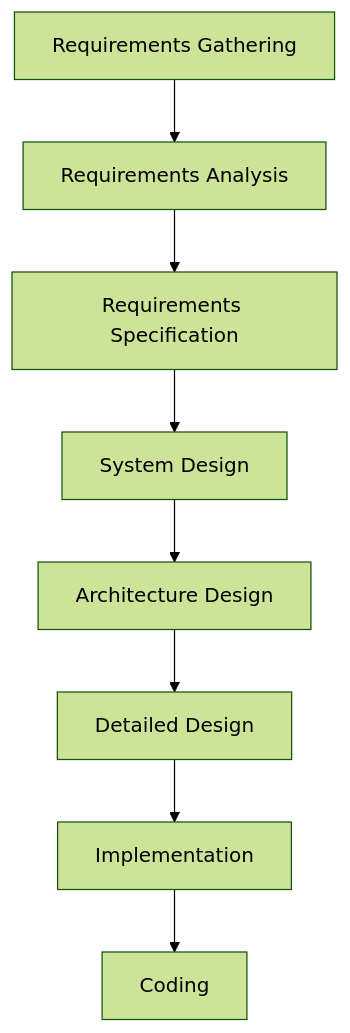
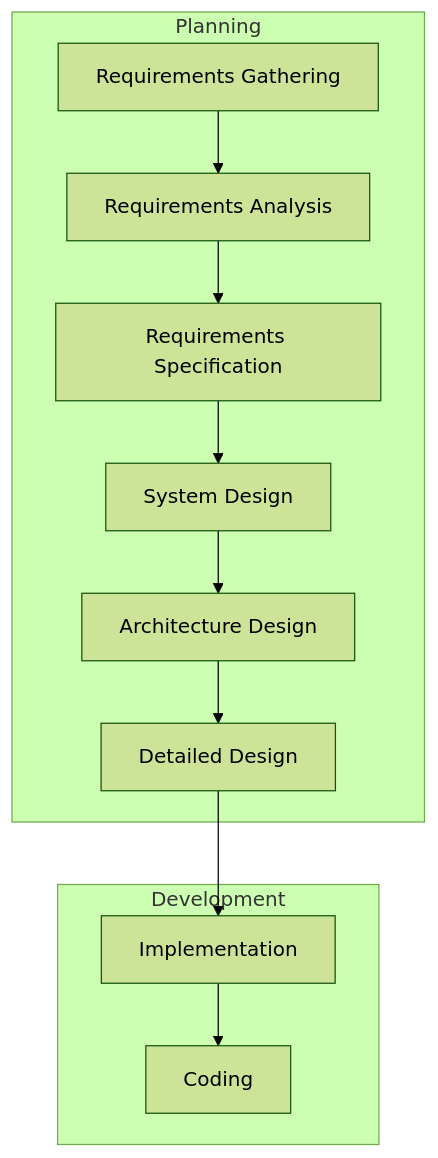
Before and after one commit to isauravmanitripathi/Animate-Mermaid-Chart: the eighth of 54 diagrams in temp-charts/flowchart_sequence/README.md, drawn with Mermaid (forest theme). The commit also changed other lines of this file and 58 other files, not shown here.

Commit message:
added proper working diagrams

````diff
--- a/temp-charts/flowchart_sequence/README.md
+++ b/temp-charts/flowchart_sequence/README.md
@@ -70,10 +118,24 @@
 ```mermaid
 flowchart TD
-A[Requirements Gathering] --> A1[Requirements Analysis]
-A1 --> A2[Requirements Specification]
-A2 --> B[System Design]
-B --> B1[Architecture Design]
-B1 --> B2[Detailed Design]
-B2 --> C[Implementation]
-C --> C1[Coding]
+    A[Requirements Gathering] --> A1[Requirements Analysis]
+    A1 --> A2[Requirements Specification]
+    A2 --> B[System Design]
+    B --> B1[Architecture Design]
+    B1 --> B2[Detailed Design]
+    B2 --> C[Implementation]
+    C --> C1[Coding]
+
+subgraph Planning
+A
+A1
+A2
+B
+B1
+B2
+end
+
+subgraph Development
+C
+C1
+end
 ```
````
